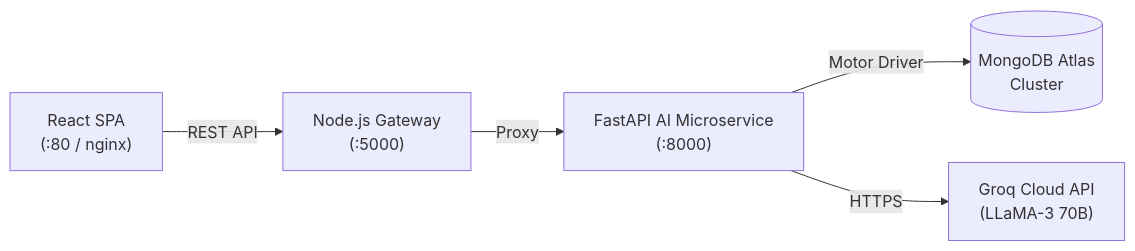
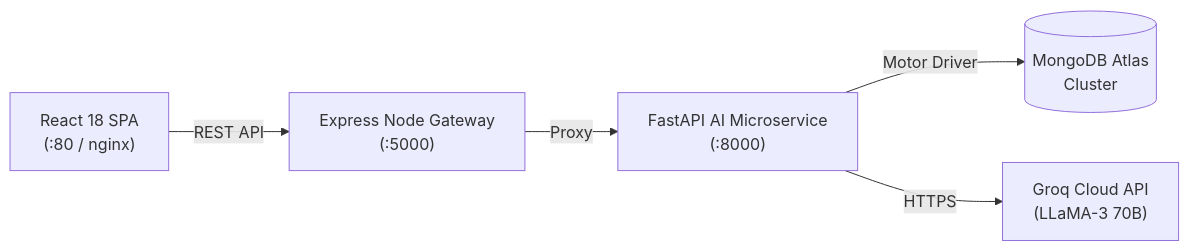
One commit to MaheshR04/Enterprise-CX-Guardian-AI changed the diagram in README.md. Above: the diagram before and after it, drawn with Mermaid. The commit also changed other lines of this file and 18 other files, not shown here.

````diff
--- a/README.md
+++ b/README.md
@@ -70,7 +71,7 @@
 ```mermaid
 flowchart LR
-    Client["React SPA\n(:80 / nginx)"] -->|REST API| Server["Node.js Gateway\n(:5000)"]
-    Server -->|Proxy| AISvc["FastAPI AI Microservice\n(:8000)"]
+    Client["React 18 SPA\n(:80 / nginx)"] -->|REST API| Gateway["Express Node Gateway\n(:5000)"]
+    Gateway -->|Proxy| AISvc["FastAPI AI Microservice\n(:8000)"]
     AISvc -->|Motor Driver| Mongo[("MongoDB Atlas\nCluster")]
     AISvc -->|HTTPS| Groq["Groq Cloud API\n(LLaMA-3 70B)"]
 ```
````
